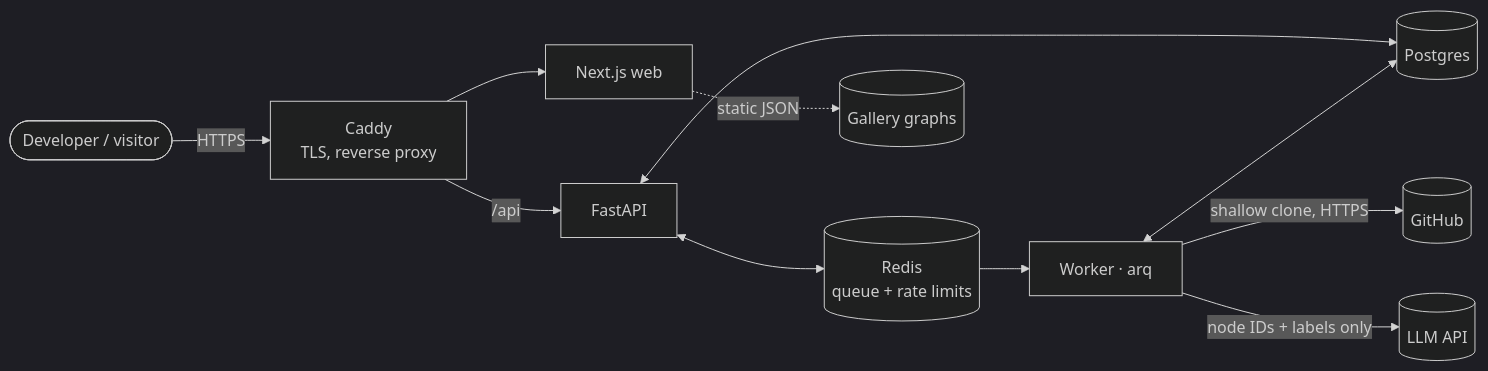
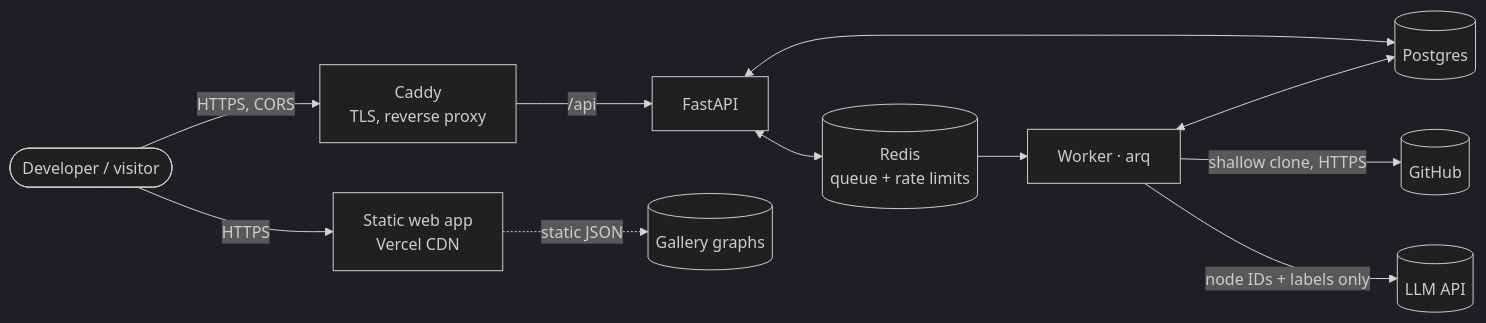
Before and after one commit to aadilsal/Evident: the second of 3 diagrams in docs/architecture.md, drawn with Mermaid (dark theme). The commit also changed other lines of this file and 11 other files, not shown here.

````diff
--- a/docs/architecture.md
+++ b/docs/architecture.md
@@ -21,13 +21,13 @@
 ```mermaid
 flowchart LR
-    user([Developer / visitor]) -->|HTTPS| caddy[Caddy<br/>TLS, reverse proxy]
-    caddy --> web[Next.js web]
+    user([Developer / visitor]) -->|HTTPS| web[Static web app<br/>Vercel CDN]
+    user -->|HTTPS, CORS| caddy[Caddy<br/>TLS, reverse proxy]
     caddy -->|/api| api[FastAPI]
     api <--> redis[(Redis<br/>queue + rate limits)]
     api <--> pg[(Postgres)]
     redis --> worker[Worker · arq]
     worker <--> pg
     worker -->|shallow clone, HTTPS| gh[(GitHub)]
     worker -->|node IDs + labels only| llm[(LLM API)]
     web -.->|static JSON| gallery[(Gallery graphs)]
 ```
````
